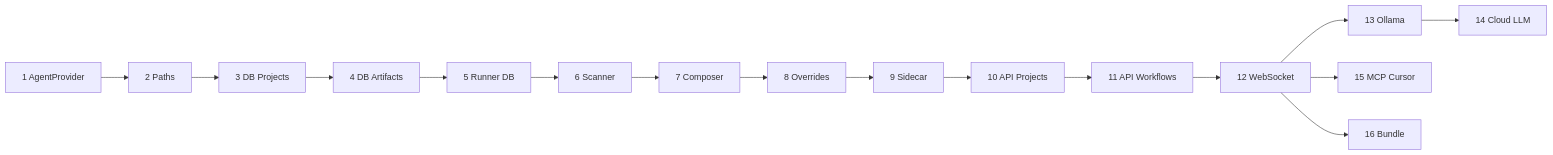
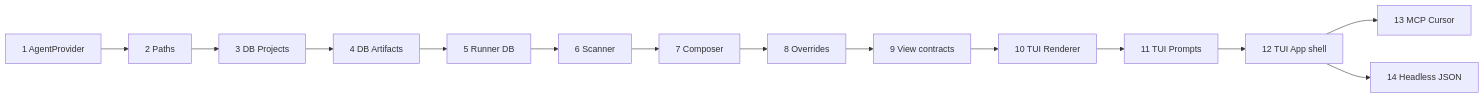
The diagram in backend/docs/ROADMAP.md (Largo-m/pulse.ai), drawn with Mermaid before and after one commit. The commit also changed other lines of this file and 16 other files, not shown here.

````diff
--- a/backend/docs/ROADMAP.md
+++ b/backend/docs/ROADMAP.md
@@ -107,18 +142,16 @@
 ```mermaid
 flowchart LR
     P1[1 AgentProvider] --> P2[2 Paths]
     P2 --> P3[3 DB Projects]
     P3 --> P4[4 DB Artifacts]
     P4 --> P5[5 Runner DB]
     P5 --> P6[6 Scanner]
     P6 --> P7[7 Composer]
     P7 --> P8[8 Overrides]
-    P8 --> P9[9 Sidecar]
-    P9 --> P10[10 API Projects]
-    P10 --> P11[11 API Workflows]
-    P11 --> P12[12 WebSocket]
-    P12 --> P13[13 Ollama]
-    P12 --> P15[15 MCP Cursor]
-    P12 --> P16[16 Bundle]
-    P13 --> P14[14 Cloud LLM]
+    P8 --> P9[9 View contracts]
+    P9 --> P10[10 TUI Renderer]
+    P10 --> P11[11 TUI Prompts]
+    P11 --> P12[12 TUI App shell]
+    P12 --> P13[13 MCP Cursor]
+    P12 --> P14[14 Headless JSON]
 ```
````
